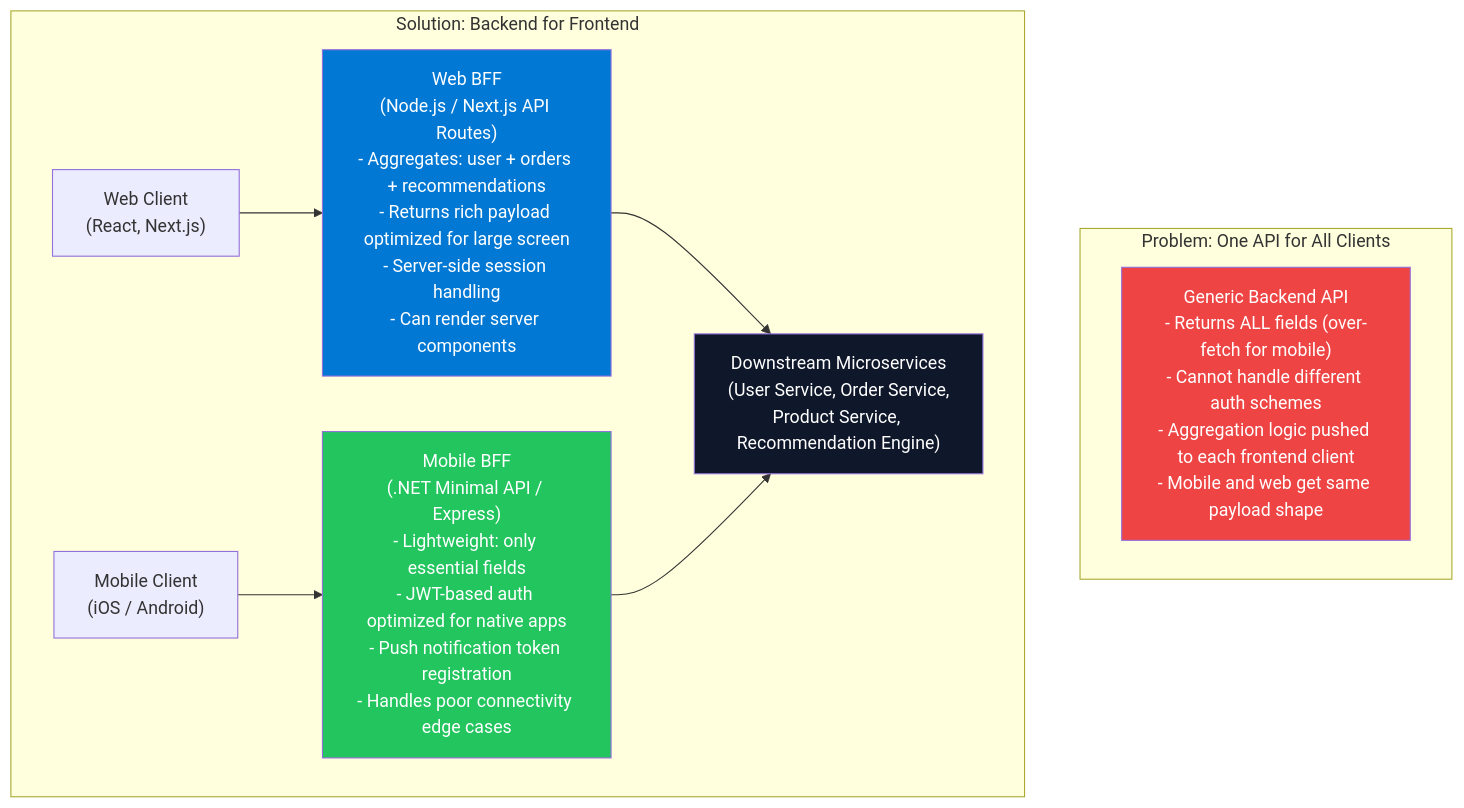
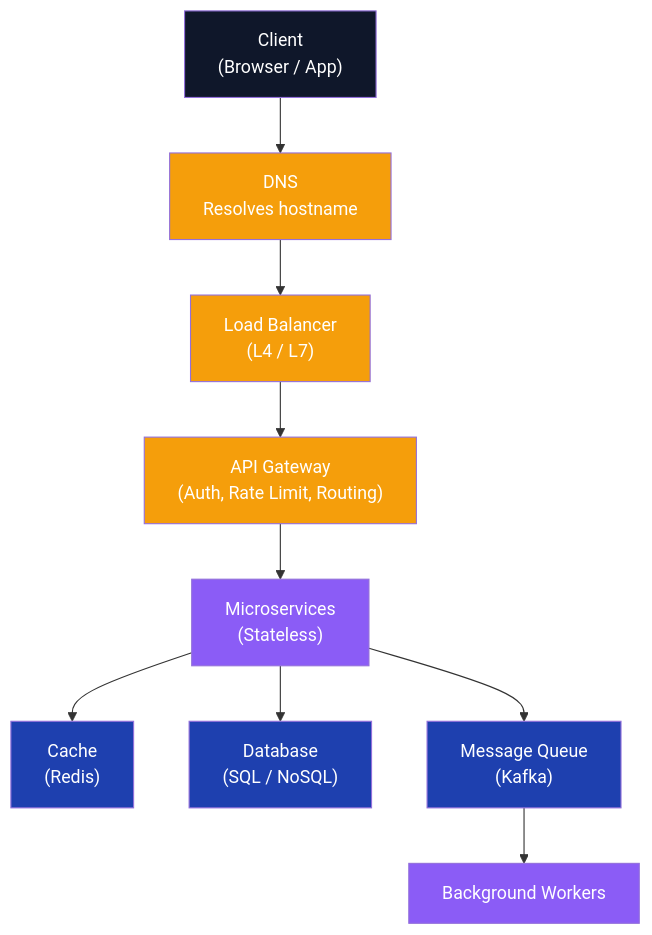
One commit to rajaghosh/InterviewPrep changed diagram 14 of 34 in Architechture-Concepts/Description-Questions2-Complete.md. Above: the diagram before and after it, drawn with Mermaid. The commit also changed other lines of this file and 240 other files, not shown here.

````diff
--- a/Architechture-Concepts/Description-Questions2-Complete.md
+++ b/Architechture-Concepts/Description-Questions2-Complete.md
@@ -501,20 +588,20 @@
 ```mermaid
 flowchart TD
-    subgraph PROBLEM ["Problem: One API for All Clients"]
-        GENERIC_API["Generic Backend API\n- Returns ALL fields (over-fetch for mobile)\n- Cannot handle different auth schemes\n- Aggregation logic pushed to each frontend client\n- Mobile and web get same payload shape"]
-    end
+    Client["Client\n(Browser / App)"] --> DNS["DNS\nResolves hostname"]
+    DNS --> LB["Load Balancer\n(L4 / L7)"]
+    LB --> GW["API Gateway\n(Auth, Rate Limit, Routing)"]
+    GW --> SVC["Microservices\n(Stateless)"]
+    SVC --> Cache["Cache\n(Redis)"]
+    SVC --> DB["Database\n(SQL / NoSQL)"]
+    SVC --> MQ["Message Queue\n(Kafka)"]
+    MQ --> Worker["Background Workers"]
 
-    subgraph SOLUTION ["Solution: Backend for Frontend"]
-        WEB_CLIENT2["Web Client\n(React, Next.js)"] --> WEB_BFF2["Web BFF\n(Node.js / Next.js API Routes)\n- Aggregates: user + orders + recommendations\n- Returns rich payload optimized for large screen\n- Server-side session handling\n- Can render server components"]
-
-        MOB_CLIENT2["Mobile Client\n(iOS / Android)"] --> MOB_BFF2["Mobile BFF\n(.NET Minimal API / Express)\n- Lightweight: only essential fields\n- JWT-based auth optimized for native apps\n- Push notification token registration\n- Handles poor connectivity edge cases"]
-
-        WEB_BFF2 --> BACKEND["Downstream Microservices\n(User Service, Order Service,\nProduct Service, Recommendation Engine)"]
-        MOB_BFF2 --> BACKEND
-    end
-
-    style GENERIC_API fill:#ef4444,color:#fff
-    style WEB_BFF2 fill:#0078D4,color:#fff
-    style MOB_BFF2 fill:#22c55e,color:#fff
-    style BACKEND fill:#0f172a,color:#fff
+    classDef client fill:#0f172a,color:#fff
+    classDef infra fill:#f59e0b,color:#fff
+    classDef svc fill:#8b5cf6,color:#fff
+    classDef data fill:#1e40af,color:#fff
+    class Client client
+    class DNS,LB,GW infra
+    class SVC,Worker svc
+    class Cache,DB,MQ data
 ```
````
